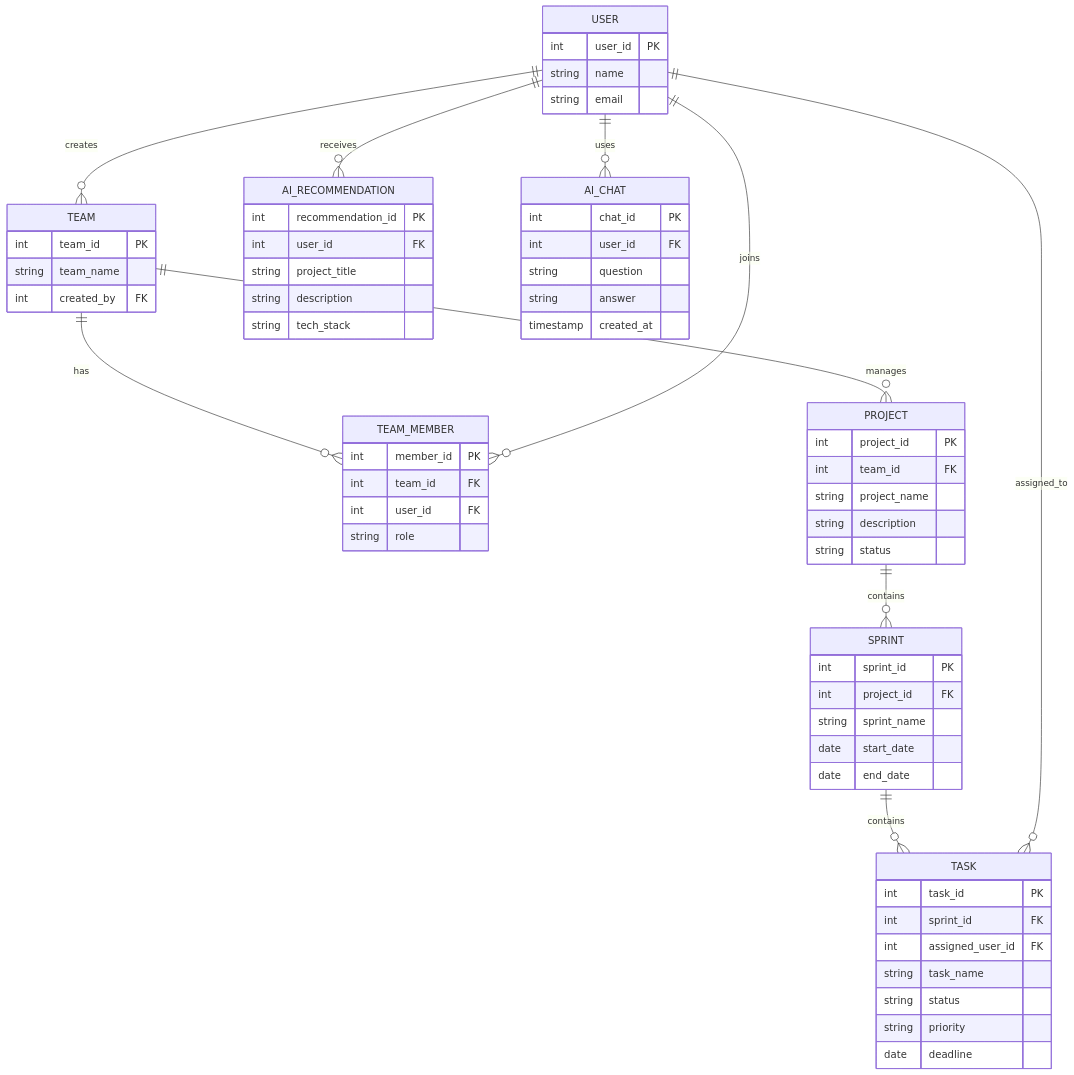
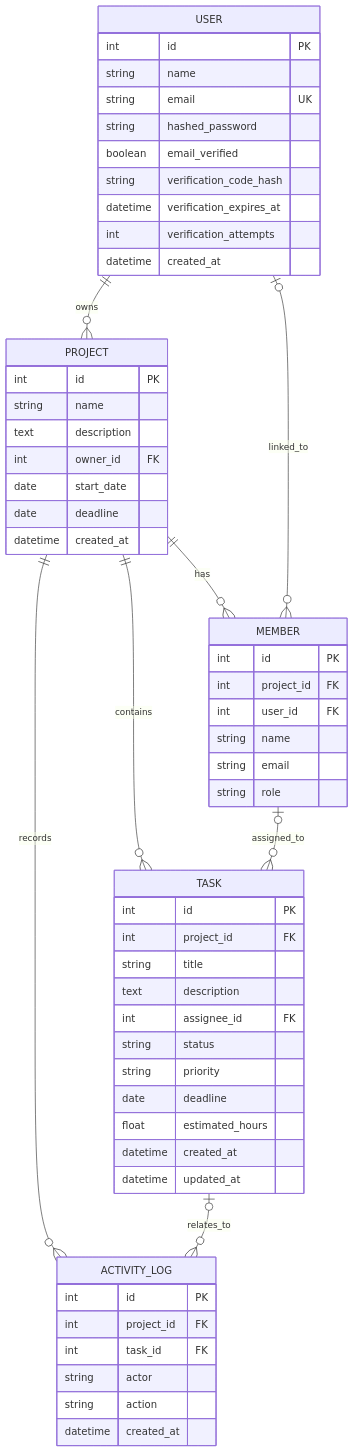
The diagram in docs/erd/teamly-erd.md (nahdahchaidir/Teamly), drawn with Mermaid before and after one commit. The commit also changed other lines of this file, not shown here.

Commit message:
Perbarui ERD berdasarkan model database aktual

````diff
--- a/docs/erd/teamly-erd.md
+++ b/docs/erd/teamly-erd.md
@@ -9,75 +10,64 @@
 ```mermaid
 erDiagram
-    USER ||--o{ TEAM : creates
-    TEAM ||--o{ TEAM_MEMBER : has
-    USER ||--o{ TEAM_MEMBER : joins
-
-    TEAM ||--o{ PROJECT : manages
-    PROJECT ||--o{ SPRINT : contains
-    SPRINT ||--o{ TASK : contains
-    USER ||--o{ TASK : assigned_to
-
-    USER ||--o{ AI_RECOMMENDATION : receives
-    USER ||--o{ AI_CHAT : uses
+    USER ||--o{ PROJECT : owns
+    PROJECT ||--o{ MEMBER : has
+    USER o|--o{ MEMBER : linked_to
+    PROJECT ||--o{ TASK : contains
+    MEMBER o|--o{ TASK : assigned_to
+    PROJECT ||--o{ ACTIVITY_LOG : records
+    TASK o|--o{ ACTIVITY_LOG : relates_to
 
     USER {
-        int user_id PK
+        int id PK
+        string name
+        string email UK
+        string hashed_password
+        boolean email_verified
+        string verification_code_hash
+        datetime verification_expires_at
+        int verification_attempts
+        datetime created_at
+    }
+
+    PROJECT {
+        int id PK
+        string name
+        text description
+        int owner_id FK
+        date start_date
+        date deadline
+        datetime created_at
+    }
+
+    MEMBER {
+        int id PK
+        int project_id FK
+        int user_id FK
         string name
         string email
-    }
-
-    TEAM {
-        int team_id PK
-        string team_name
-        int created_by FK
-    }
-
-    TEAM_MEMBER {
-        int member_id PK
-        int team_id FK
-        int user_id FK
         string role
     }
 
-    PROJECT {
-        int project_id PK
-        int team_id FK
-        string project_name
-        string description
-        string status
-    }
-
-    SPRINT {
-        int sprint_id PK
+    TASK {
+        int id PK
         int project_id FK
-        string sprint_name
-        date start_date
-        date end_date
-    }
-
-    TASK {
-        int task_id PK
-        int sprint_id FK
-        int assigned_user_id FK
-        string task_name
+        string title
+        text description
+        int assignee_id FK
         string status
         string priority
         date deadline
+        float estimated_hours
+        datetime created_at
+        datetime updated_at
     }
 
-    AI_RECOMMENDATION {
-        int recommendation_id PK
-        int user_id FK
-        string project_title
-        string description
-        string tech_stack
-    }
-
-    AI_CHAT {
-        int chat_id PK
-        int user_id FK
-        string question
-        string answer
-        timestamp created_at
+    ACTIVITY_LOG {
+        int id PK
+        int project_id FK
+        int task_id FK
+        string actor
+        string action
+        datetime created_at
     }
 ```
````
